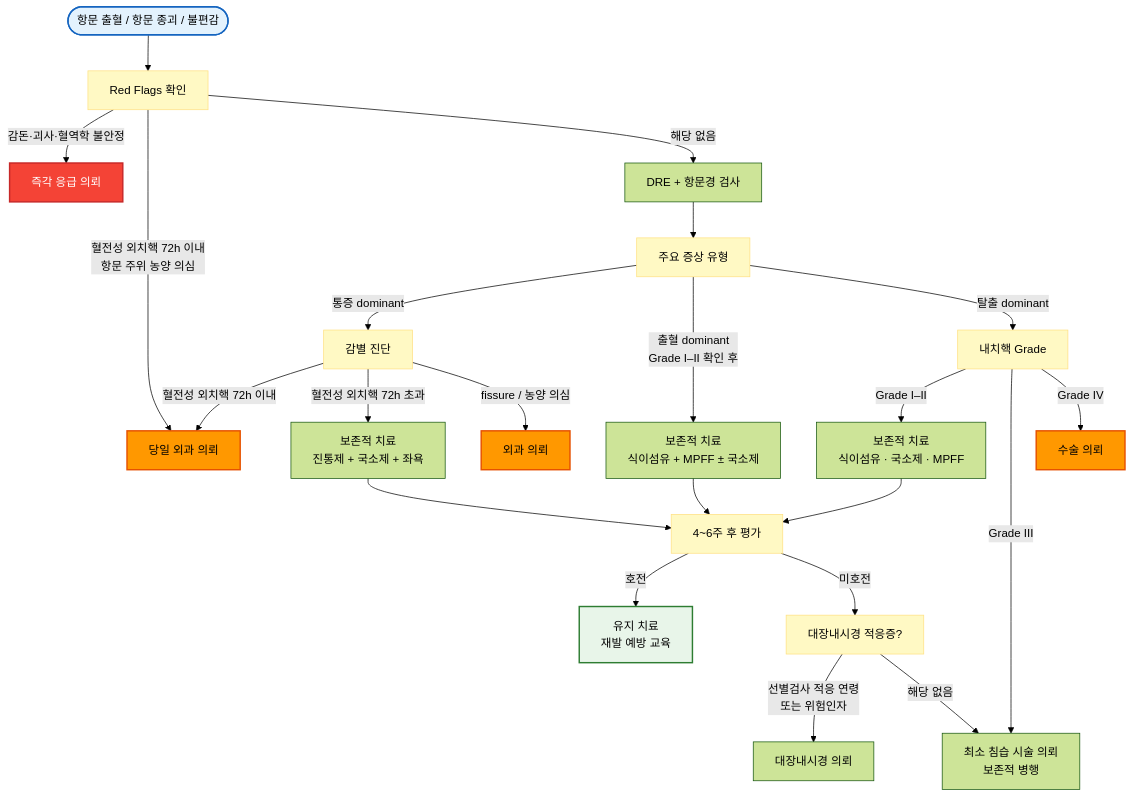
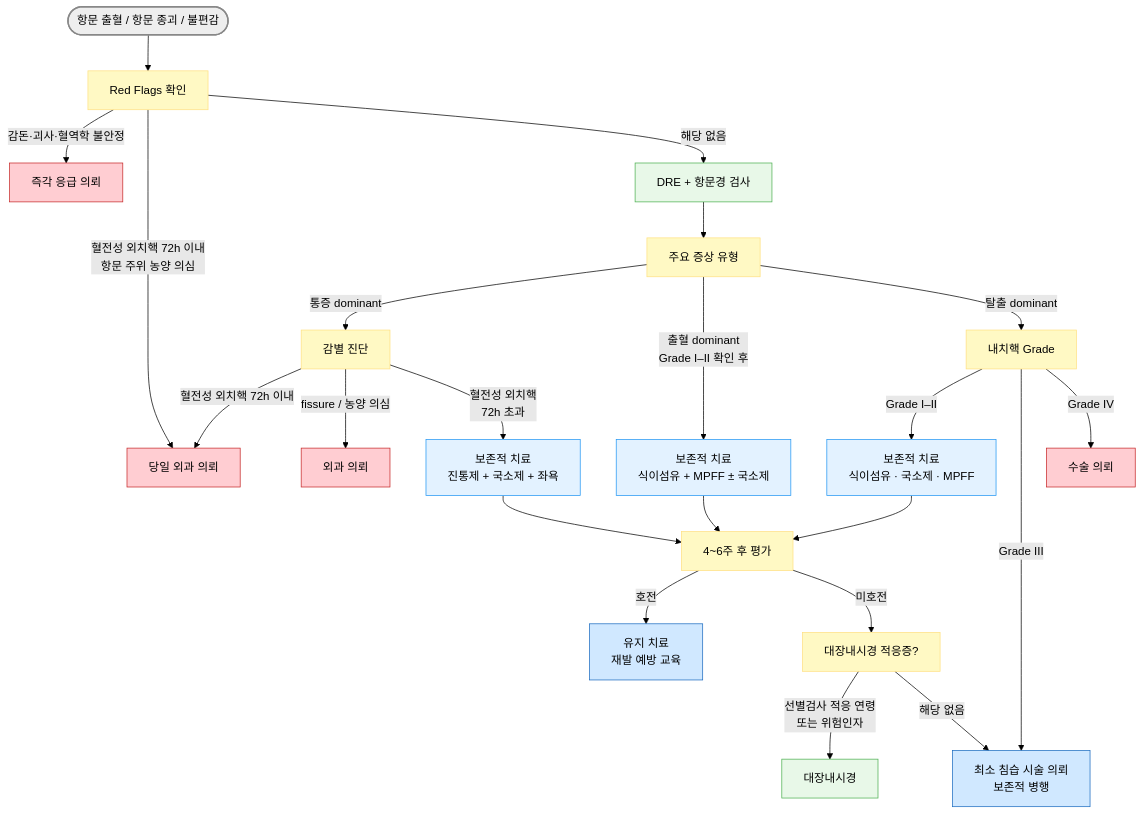
Before and after one commit to familyoh77/familyoh77: the diagram in 224_/089_-hemorrhoid.md, drawn with Mermaid (forest theme). The commit also changed other lines of this file, not shown here.

````diff
--- a/224_/089_-hemorrhoid.md
+++ b/224_/089_-hemorrhoid.md
@@ -85,41 +79,36 @@
 ```mermaid
 graph TD
     A([항문 출혈 / 항문 종괴 / 불편감]) --> B[Red Flags 확인]
-
     B -->|감돈·괴사·혈역학 불안정| C[즉각 응급 의뢰]
-    B -->|혈전성 외치핵 72h 이내\n항문 주위 농양 의심| D[당일 외과 의뢰]
+    B -->|혈전성 외치핵 72h 이내<br/>항문 주위 농양 의심| D[당일 외과 의뢰]
     B -->|해당 없음| E[DRE + 항문경 검사]
-
     E --> P[주요 증상 유형]
-
     P -->|통증 dominant| Q[감별 진단]
-    P -->|출혈 dominant\nGrade I–II 확인 후| R[보존적 치료\n식이섬유 + MPFF ± 국소제]
+    P -->|출혈 dominant<br/>Grade I–II 확인 후| R[보존적 치료<br/>식이섬유 + MPFF ± 국소제]
     P -->|탈출 dominant| F[내치핵 Grade]
-
     Q -->|혈전성 외치핵 72h 이내| D
-    Q -->|혈전성 외치핵 72h 초과| G[보존적 치료\n진통제 + 국소제 + 좌욕]
     Q -->|fissure / 농양 의심| S[외과 의뢰]
-
+    Q -->|혈전성 외치핵<br/>72h 초과| G[보존적 치료<br/>진통제 + 국소제 + 좌욕]
     R --> K[4~6주 후 평가]
     G --> K
-
-    F -->|Grade I–II| H[보존적 치료\n식이섬유 · 국소제 · MPFF]
-    F -->|Grade III| I[최소 침습 시술 의뢰\n보존적 병행]
+    F -->|Grade I–II| H[보존적 치료<br/>식이섬유 · 국소제 · MPFF]
+    F -->|Grade III| I[최소 침습 시술 의뢰<br/>보존적 병행]
     F -->|Grade IV| J[수술 의뢰]
-
     H --> K
-    K -->|호전| L[유지 치료\n재발 예방 교육]
+    K -->|호전| L[유지 치료<br/>재발 예방 교육]
     K -->|미호전| M[대장내시경 적응증?]
-
-    M -->|선별검사 적응 연령\n또는 위험인자| N[대장내시경 의뢰]
+    M -->|선별검사 적응 연령<br/>또는 위험인자| N[대장내시경]
     M -->|해당 없음| I
 
-    style A fill:#e3f2fd,stroke:#1565c0,stroke-width:2px
-    style C fill:#f44336,stroke:#c62828,stroke-width:2px,color:#fff
-    style D fill:#ff9800,stroke:#e65100,stroke-width:2px
-    style S fill:#ff9800,stroke:#e65100,stroke-width:2px
-    style J fill:#ff9800,stroke:#e65100,stroke-width:2px
-    style L fill:#e8f5e9,stroke:#2e7d32,stroke-width:2px
-    classDef yellow fill:#fff9c4,stroke:#ffe082
-    class B,P,Q,F,K,M yellow
+style A fill:#eeeeee,stroke:#888888,stroke-width:2px
+classDef yellow fill:#fff9c4,stroke:#ffe082
+class B,P,Q,F,K,M yellow
+classDef L_red fill:#ffcdd2,stroke:#c62828
+class C,D,S,J L_red
+classDef sky fill:#e3f2ff,stroke:#2196f3
+class G,R,H sky
+classDef blue fill:#d0e8ff,stroke:#1a6abf
+class L,I blue
+classDef lightGreen fill:#e8f8e8,stroke:#4caf50
+class E,N lightGreen
 ```
````
